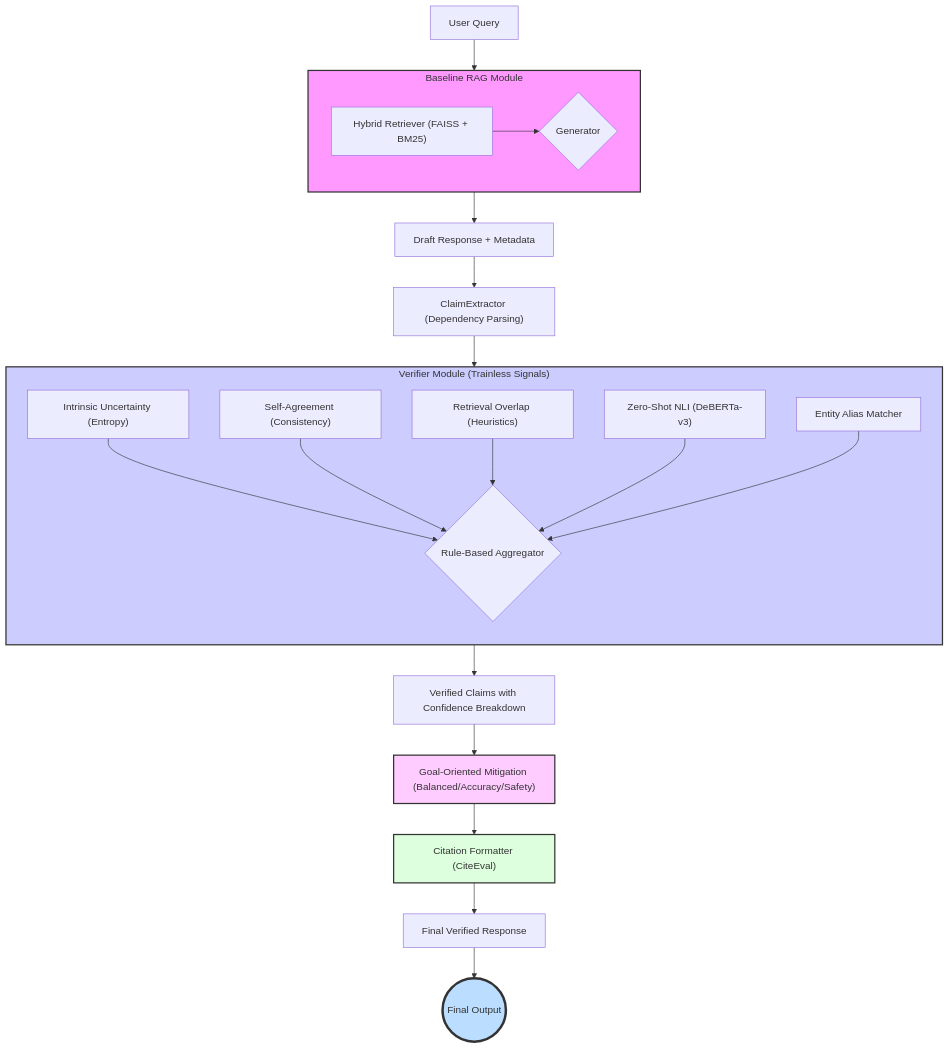
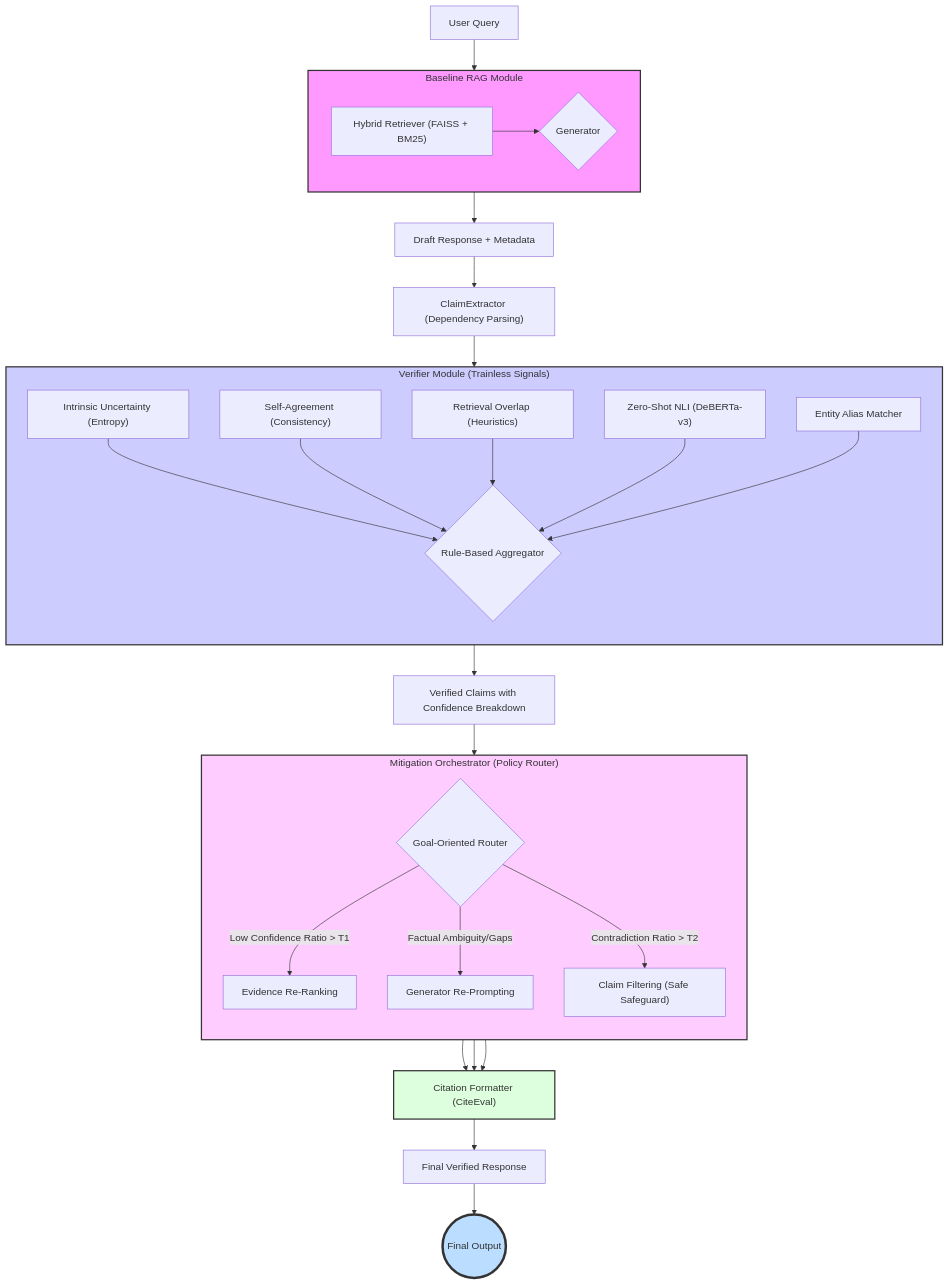
One commit to xiashuidaolaoshuren/AIST-FYP changed the diagram in System_Architecture_Design.md. Above: the diagram before and after it, drawn with Mermaid.

Commit message:
feat: Enhance mitigation logic with a structured policy router for improved claim handling

````diff
--- a/System_Architecture_Design.md
+++ b/System_Architecture_Design.md
@@ -9,36 +9,49 @@
 ```mermaid
 graph TD
     A[User Query] --> B;
     subgraph B[Baseline RAG Module]
         direction LR
         B1["Hybrid Retriever (FAISS + BM25)"] --> B2{Generator};
     end
     B --> C["Draft Response + Metadata"];
     C --> C1["ClaimExtractor (Dependency Parsing)"];
     C1 --> D;
     subgraph D["Verifier Module (Trainless Signals)"]
         direction TB
         D1["Intrinsic Uncertainty (Entropy)"]
         D2["Self-Agreement (Consistency)"]
         D3["Retrieval Overlap (Heuristics)"]
         D4["Zero-Shot NLI (DeBERTa-v3)"]
         D5["Entity Alias Matcher"]
         D_Aggregator{"Rule-Based Aggregator"}
         D1 --> D_Aggregator;
         D2 --> D_Aggregator;
         D3 --> D_Aggregator;
         D4 --> D_Aggregator;
         D5 --> D_Aggregator;
     end
     D --> E["Verified Claims with Confidence Breakdown"];
-    E --> F["Goal-Oriented Mitigation (Balanced/Accuracy/Safety)"];
-    F --> F1["Citation Formatter (CiteEval)"];
-    F1 --> H[Final Verified Response];
+    subgraph F["Mitigation Orchestrator (Policy Router)"]
+        direction TB
+        F_Router{"Goal-Oriented Router"}
+        F1["Evidence Re-Ranking"]
+        F2["Generator Re-Prompting"]
+        F3["Claim Filtering (Safe Safeguard)"]
+        
+        F_Router -- "Low Confidence Ratio > T1" --> F1
+        F_Router -- "Factual Ambiguity/Gaps" --> F2
+        F_Router -- "Contradiction Ratio > T2" --> F3
+    end
+    E --> F;
+    F1 --> G["Citation Formatter (CiteEval)"];
+    F2 --> G
+    F3 --> G
+    G --> H[Final Verified Response];
     H --> I((Final Output));
 
     style B fill:#f9f,stroke:#333,stroke-width:2px
     style D fill:#ccf,stroke:#333,stroke-width:2px
     style F fill:#fcf,stroke:#333,stroke-width:2px
-    style F1 fill:#dfd,stroke:#333,stroke-width:2px
+    style G fill:#dfd,stroke:#333,stroke-width:2px
     style I fill:#bdf,stroke:#333,stroke-width:4px
 ```
````
